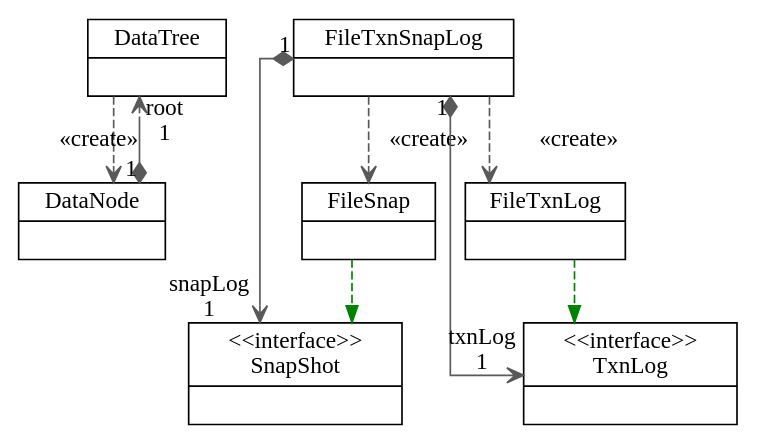
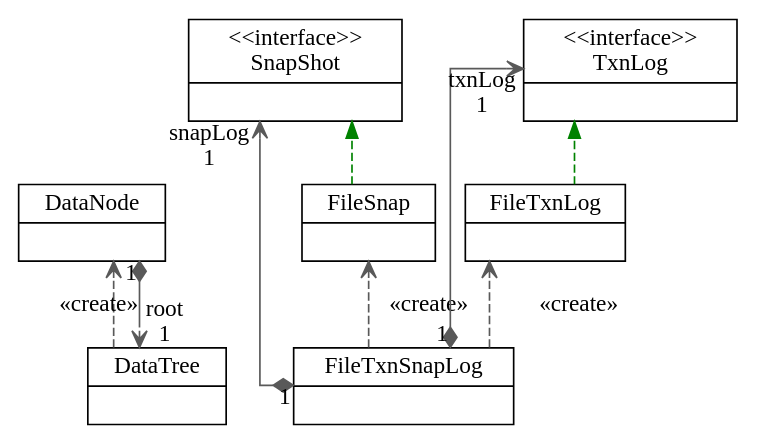
Before and after one commit to Robinpig/Note: the second of 2 diagrams in docs/CS/Framework/ZooKeeper/ZooKeeper.md, drawn with Graphviz. The commit also changed other lines of this file and 3 other files, not shown here.

````diff
--- a/docs/CS/Framework/ZooKeeper/ZooKeeper.md
+++ b/docs/CS/Framework/ZooKeeper/ZooKeeper.md
@@ -1976,28 +1976,28 @@
 ```dot
 digraph "TxnLog" {
-
+rankdir = "BT"
 splines  = ortho;
 fontname = "Inconsolata";
 
 node [colorscheme = ylgnbu4];
 edge [colorscheme = dark28, dir = both];
 
 DataNode       [shape = record, label = "{ DataNode |  }"];
 DataTree       [shape = record, label = "{ DataTree |  }"];
 FileSnap       [shape = record, label = "{ FileSnap |  }"];
 FileTxnLog     [shape = record, label = "{ FileTxnLog |  }"];
 FileTxnSnapLog [shape = record, label = "{ FileTxnSnapLog |  }"];
 SnapShot       [shape = record, label = "{ \<\<interface\>\>\nSnapShot |  }"];
 TxnLog         [shape = record, label = "{ \<\<interface\>\>\nTxnLog |  }"];
 
 DataTree       -> DataNode       [color = "#595959", style = dashed, arrowtail = none    , arrowhead = vee     , taillabel = "", label = "«create»", headlabel = ""];
 DataTree       -> DataNode       [color = "#595959", style = solid , arrowtail = diamond , arrowhead = vee     , taillabel = "1", label = "", headlabel = "root\n1"];
 FileSnap       -> SnapShot       [color = "#008200", style = dashed, arrowtail = none    , arrowhead = normal  , taillabel = "", label = "", headlabel = ""];
 FileTxnLog     -> TxnLog         [color = "#008200", style = dashed, arrowtail = none    , arrowhead = normal  , taillabel = "", label = "", headlabel = ""];
 FileTxnSnapLog -> FileSnap       [color = "#595959", style = dashed, arrowtail = none    , arrowhead = vee     , taillabel = "", label = "«create»", headlabel = ""];
 FileTxnSnapLog -> FileTxnLog     [color = "#595959", style = dashed, arrowtail = none    , arrowhead = vee     , taillabel = "", label = "«create»", headlabel = ""];
 FileTxnSnapLog -> SnapShot       [color = "#595959", style = solid , arrowtail = diamond , arrowhead = vee     , taillabel = "1", label = "", headlabel = "snapLog\n1"];
 FileTxnSnapLog -> TxnLog         [color = "#595959", style = solid , arrowtail = diamond , arrowhead = vee     , taillabel = "1", label = "", headlabel = "txnLog\n1"];
 
 }
 ```
````
